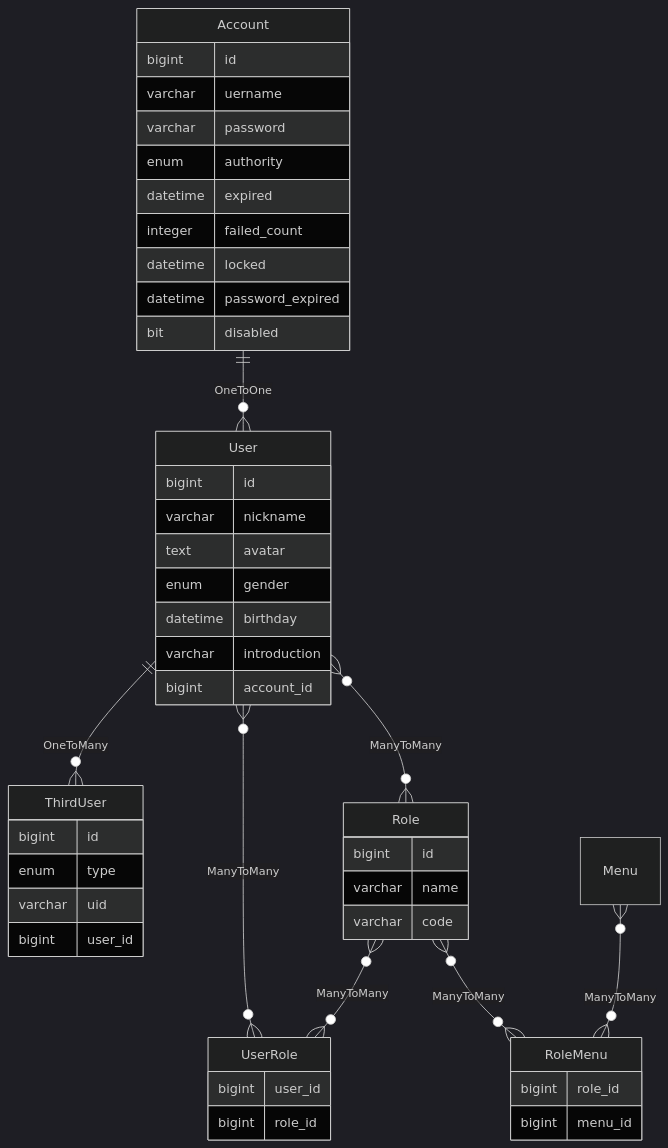
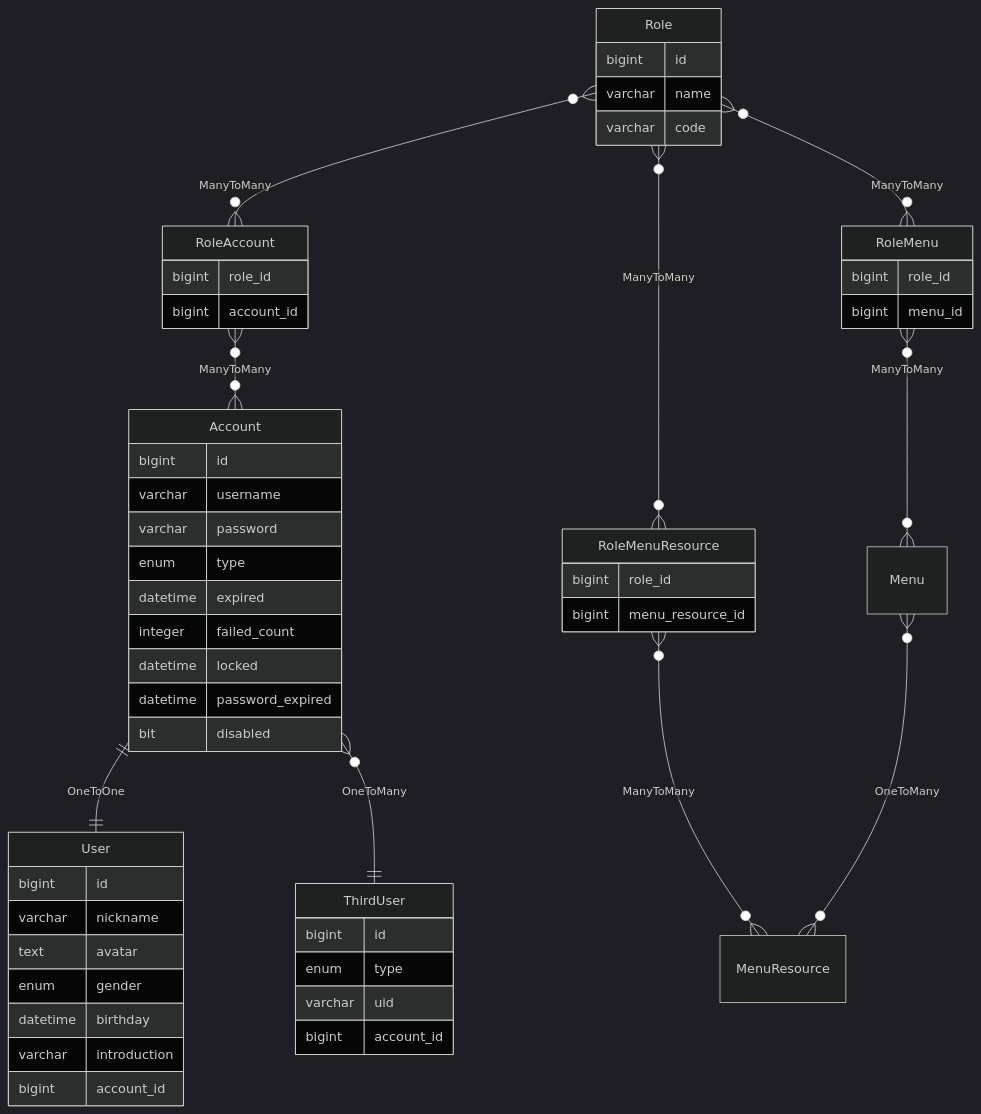
One commit to mrzhqiang/rowing changed the diagram in docs/1.develop/1.7.account.md. Above: the diagram before and after it, drawn with Mermaid (dark theme). The commit also changed other lines of this file and 31 other files, not shown here.

````diff
--- a/docs/1.develop/1.7.account.md
+++ b/docs/1.develop/1.7.account.md
@@ -30,49 +40,55 @@
 ```mermaid
 erDiagram
-    Account ||--o{ User : OneToOne
-    User ||--o{ ThirdUser : OneToMany
-    User }o--o{ Role : ManyToMany
-    User }o--o{ UserRole : ManyToMany
-    Role }o--o{ UserRole : ManyToMany
+    Account ||--|| User : OneToOne
+    Account }o--|| ThirdUser : OneToMany
+    Role }o--o{ RoleAccount : ManyToMany
+    RoleAccount }o--o{ Account : ManyToMany
     Role }o--o{ RoleMenu : ManyToMany
-    Menu }o--o{ RoleMenu : ManyToMany
+    Role }o--o{ RoleMenuResource : ManyToMany
+    RoleMenu }o--o{ Menu : ManyToMany
+    RoleMenuResource }o--o{ MenuResource : ManyToMany
+    Menu }o--o{ MenuResource : OneToMany
     Account {
         bigint      id
-        varchar     uername
+        varchar     username
         varchar     password
-        enum        authority
+        enum        type
         datetime    expired
         integer     failed_count
         datetime    locked
         datetime    password_expired
         bit         disabled
     }
     User {
         bigint      id
         varchar     nickname
         text        avatar
         enum        gender
         datetime    birthday
         varchar     introduction
         bigint      account_id
     }
     ThirdUser {
         bigint      id
         enum        type
         varchar     uid
-        bigint      user_id
+        bigint      account_id
     }
     Role {
         bigint      id
         varchar     name
         varchar     code
     }
-    UserRole {
-        bigint      user_id
+    RoleAccount {
         bigint      role_id
+        bigint      account_id
     }
     RoleMenu {
         bigint      role_id
         bigint      menu_id
     }
+    RoleMenuResource {
+        bigint      role_id
+        bigint      menu_resource_id
+    }
 ```
````
